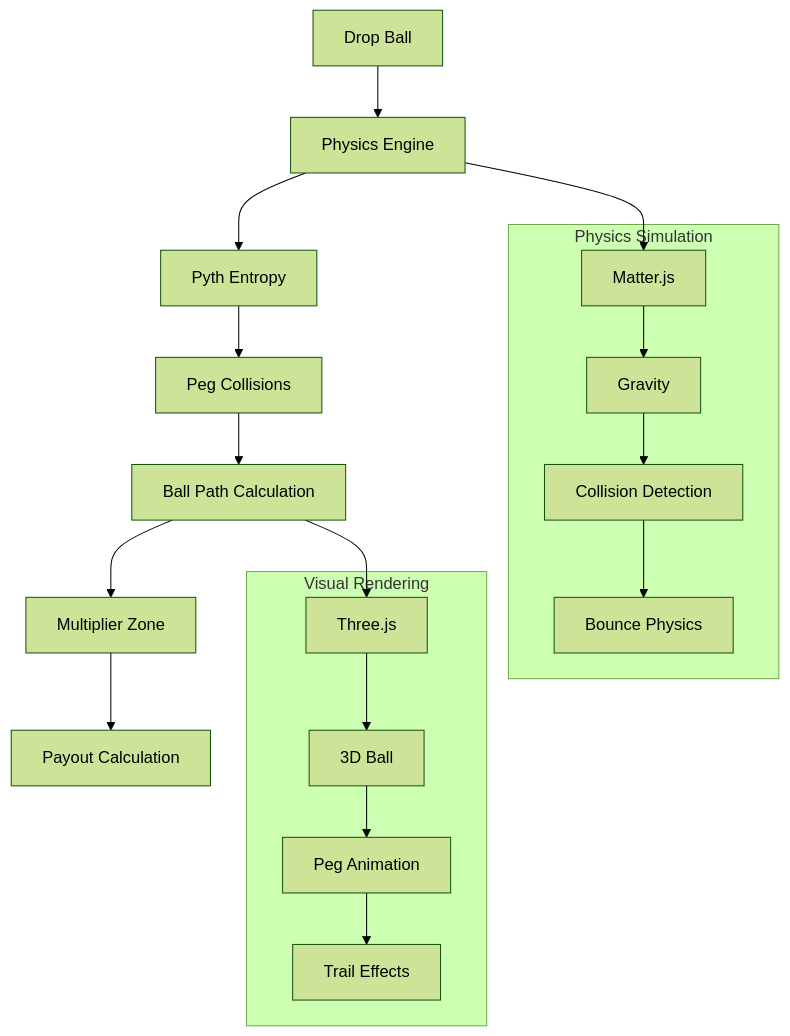
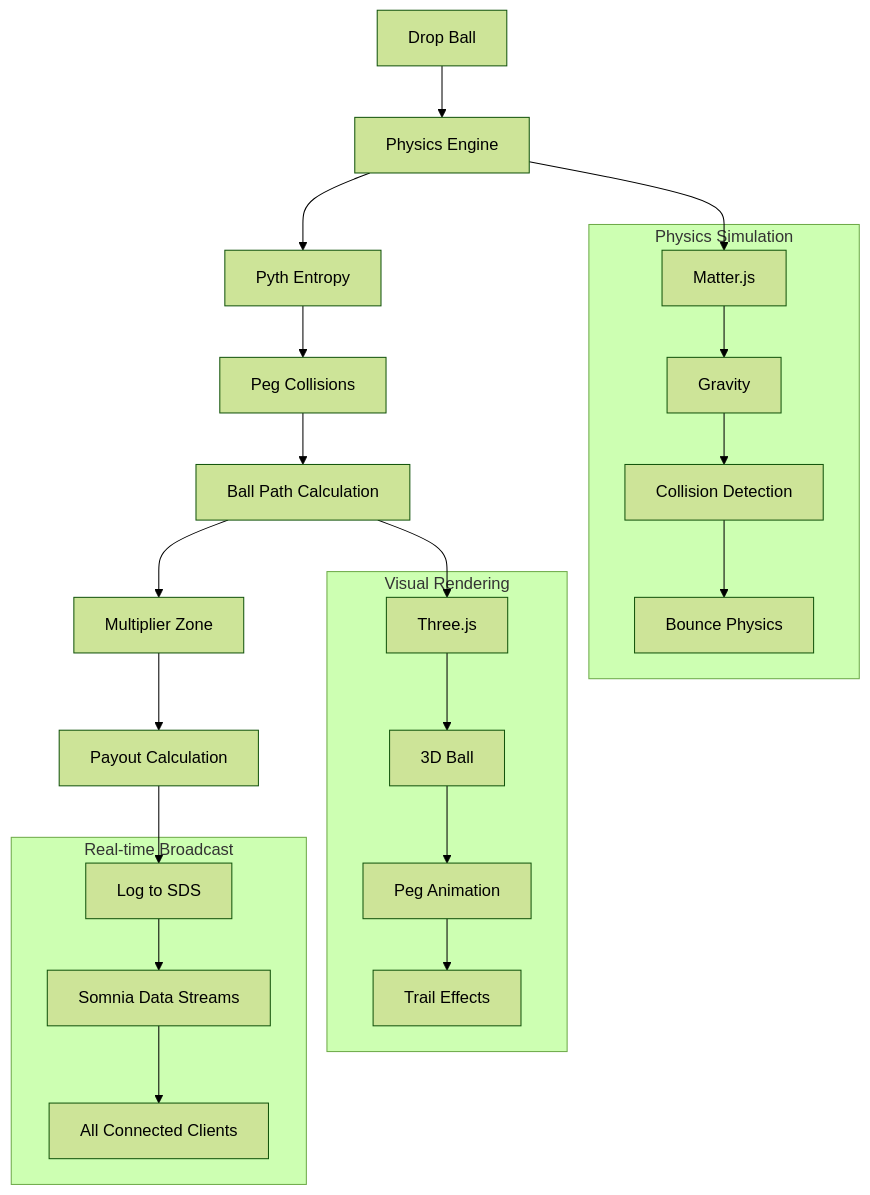
One commit to AmaanSayyad/APT-Casino-Somnia changed diagram 12 of 24 in MERMAID_DIAGRAMS.md. Above: the diagram before and after it, drawn with Mermaid (forest theme). The commit also changed other lines of this file and 6 other files, not shown here.

Commit message:
diagrams and wd

````diff
--- a/MERMAID_DIAGRAMS.md
+++ b/MERMAID_DIAGRAMS.md
@@ -342,24 +437,30 @@
 ```mermaid
 graph TD
     A[Drop Ball] --> B[Physics Engine]
     B --> C[Pyth Entropy]
     C --> D[Peg Collisions]
     D --> E[Ball Path Calculation]
     E --> F[Multiplier Zone]
     F --> G[Payout Calculation]
+    G --> H[Log to SDS]
     
     subgraph Physics["Physics Simulation"]
-        H[Matter.js] --> I[Gravity]
-        I --> J[Collision Detection]
-        J --> K[Bounce Physics]
+        I[Matter.js] --> J[Gravity]
+        J --> K[Collision Detection]
+        K --> L[Bounce Physics]
     end
     
     subgraph Visual["Visual Rendering"]
-        L[Three.js] --> M[3D Ball]
-        M --> N[Peg Animation]
-        N --> O[Trail Effects]
+        M[Three.js] --> N[3D Ball]
+        N --> O[Peg Animation]
+        O --> P[Trail Effects]
     end
     
-    B --> H
-    E --> L
+    subgraph Broadcast["Real-time Broadcast"]
+        H --> Q[Somnia Data Streams]
+        Q --> R[All Connected Clients]
+    end
+    
+    B --> I
+    E --> M
 ```
````
